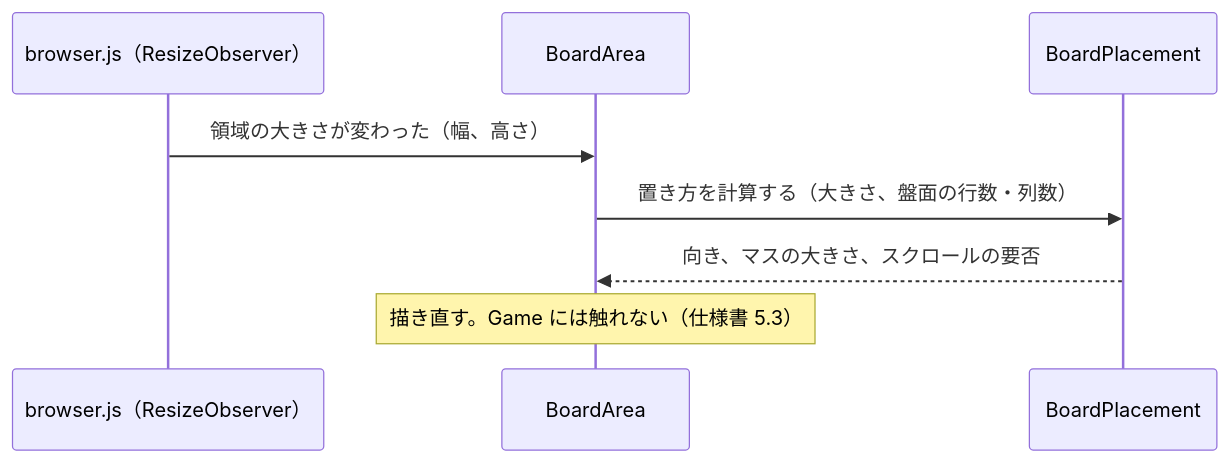
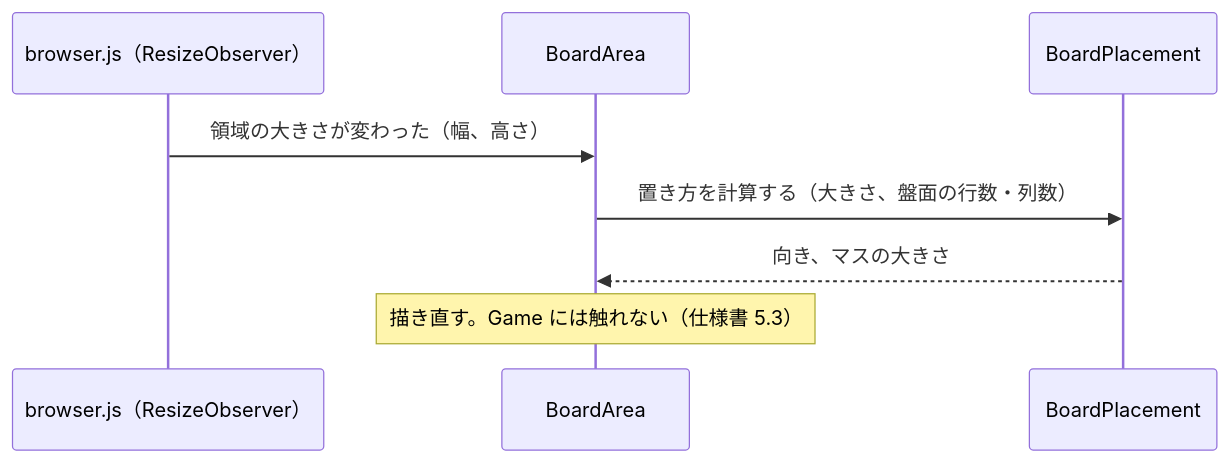
Before and after one commit to Fujiwo/Shos.Minesweeper: the tenth of 10 diagrams in docs/04-architecture.md, drawn with Mermaid. The commit also changed other lines of this file and 5 other files, not shown here.

````diff
--- a/docs/04-architecture.md
+++ b/docs/04-architecture.md
@@ -367,10 +372,10 @@
 ```mermaid
 sequenceDiagram
     participant JS as browser.js（ResizeObserver）
     participant BA as BoardArea
     participant BP as BoardPlacement
     JS->>BA: 領域の大きさが変わった（幅、高さ）
     BA->>BP: 置き方を計算する（大きさ、盤面の行数・列数）
-    BP-->>BA: 向き、マスの大きさ、スクロールの要否
+    BP-->>BA: 向き、マスの大きさ
     Note over BA: 描き直す。Game には触れない（仕様書 5.3）
 ```
````
